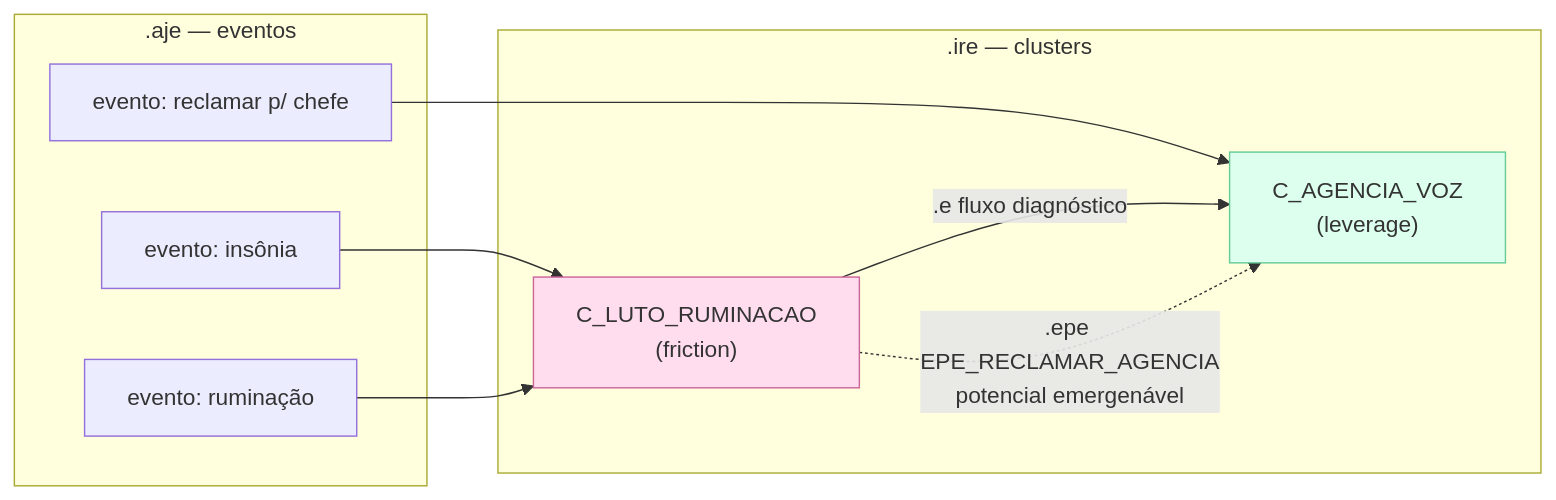
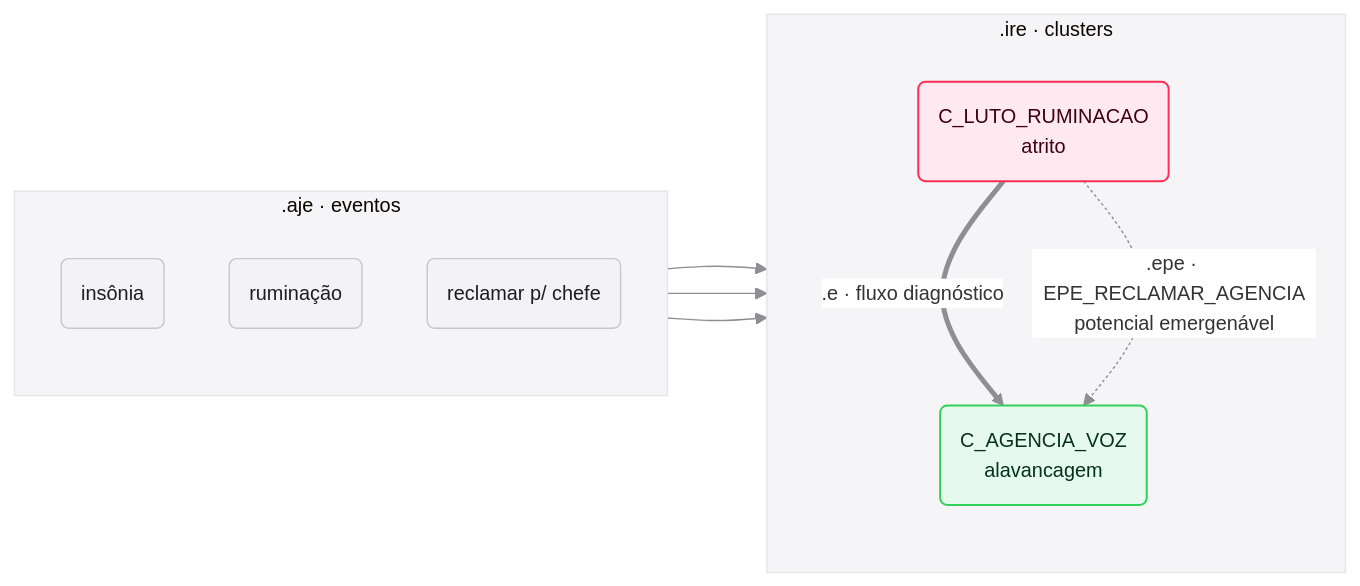
One commit to myselfgus/patient-memory changed the sixth of 9 diagrams in README.md. Above: the diagram before and after it, drawn with Mermaid. The commit also changed other lines of this file, not shown here.

Commit message:
style(readme): refina diagramas mermaid com linguagem visual Liquid Glass (tema SF, painéis frosted, paleta de sistema Apple, cantos arredondados)

````diff
--- a/README.md
+++ b/README.md
@@ -222,22 +268,27 @@
 ```mermaid
+%%{init: {"theme":"base","themeVariables":{"fontFamily":"-apple-system, BlinkMacSystemFont, Segoe UI, Helvetica, Arial, sans-serif","fontSize":"14px","lineColor":"#8E8E93","clusterBkg":"#F5F5F7","clusterBorder":"#E5E5EA","edgeLabelBackground":"#FFFFFF"},"flowchart":{"curve":"basis","htmlLabels":true,"padding":14,"nodeSpacing":46,"rankSpacing":70}}}%%
 flowchart LR
-    subgraph AJE[".aje — eventos"]
-        e1["evento: insônia"]
-        e2["evento: ruminação"]
-        e3["evento: reclamar p/ chefe"]
+    subgraph AJE[".aje · eventos"]
+        direction TB
+        e1("insônia")
+        e2("ruminação")
+        e3("reclamar p/ chefe")
     end
-    subgraph IRE[".ire — clusters"]
-        cF["C_LUTO_RUMINACAO<br/>(friction)"]
-        cL["C_AGENCIA_VOZ<br/>(leverage)"]
+    subgraph IRE[".ire · clusters"]
+        direction TB
+        cF("C_LUTO_RUMINACAO<br/>atrito")
+        cL("C_AGENCIA_VOZ<br/>alavancagem")
     end
     e1 --> cF
     e2 --> cF
     e3 --> cL
-    cF -->|".e fluxo diagnóstico"| cL
-    cF -.->|".epe EPE_RECLAMAR_AGENCIA<br/>potencial emergenável"| cL
+    cF ==>|".e · fluxo diagnóstico"| cL
+    cF -.->|".epe · EPE_RECLAMAR_AGENCIA<br/>potencial emergenável"| cL
 
-    classDef friction fill:#fde,stroke:#c69
-    classDef leverage fill:#dfe,stroke:#6c9
+    classDef gray fill:#F2F2F7,stroke:#C7C7CC,stroke-width:1px,color:#1D1D1F
+    classDef friction fill:#FFE9F0,stroke:#FF2D55,stroke-width:1.4px,color:#3D0011
+    classDef leverage fill:#E6F9EE,stroke:#30D158,stroke-width:1.4px,color:#06321A
+    class e1,e2,e3 gray
     class cF friction
     class cL leverage
 ```
````
